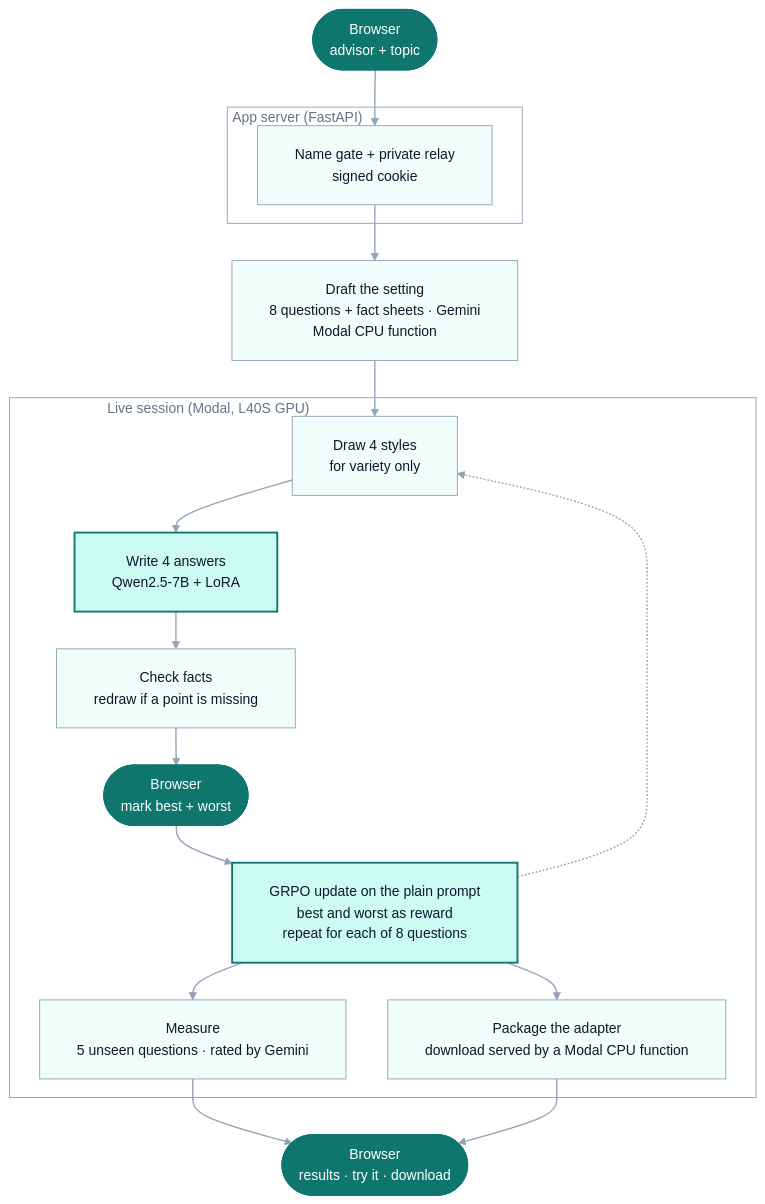
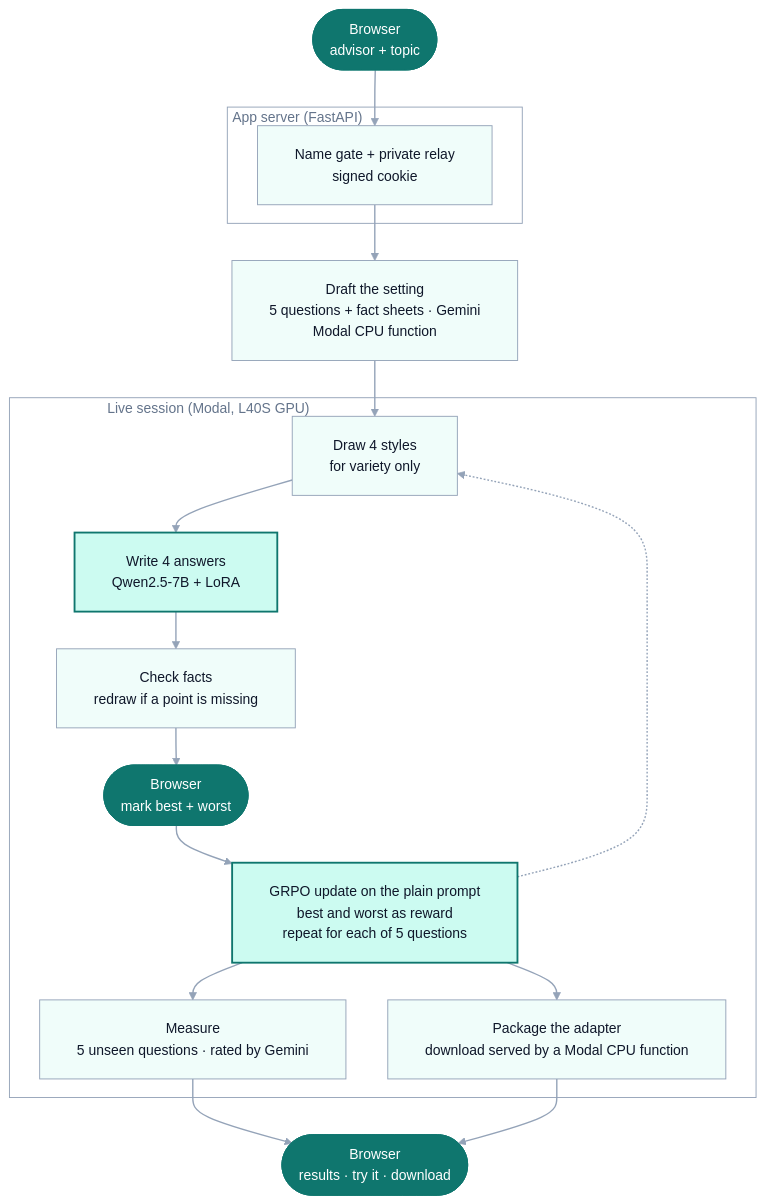
Before and after one commit to jessecui/attune: the diagram in README.md, drawn with Mermaid. The commit also changed other lines of this file and 12 other files, not shown here.

````diff
--- a/README.md
+++ b/README.md
@@ -53,40 +66,40 @@
 ```mermaid
 %%{init: {"theme": "base", "themeVariables": {"fontSize": "15px", "lineColor": "#94a3b8", "textColor": "#64748b", "clusterBkg": "transparent", "clusterBorder": "#94a3b8", "titleColor": "#64748b"}, "flowchart": {"curve": "basis", "nodeSpacing": 45, "rankSpacing": 40, "padding": 20, "wrappingWidth": 400}}}%%
 flowchart TB
     UI(["Browser<br/>advisor + topic"])
 
-    D["Draft the setting<br/>8 questions + fact sheets · Gemini<br/>Modal CPU function"]
+    D["Draft the setting<br/>5 questions + fact sheets · Gemini<br/>Modal CPU function"]
 
     subgraph APP["App server (FastAPI)#nbsp;#nbsp;#nbsp;#nbsp;#nbsp;#nbsp;#nbsp;#nbsp;#nbsp;#nbsp;#nbsp;#nbsp;#nbsp;#nbsp;#nbsp;#nbsp;#nbsp;#nbsp;#nbsp;#nbsp;#nbsp;#nbsp;#nbsp;#nbsp;#nbsp;#nbsp;#nbsp;#nbsp;#nbsp;#nbsp;#nbsp;#nbsp;#nbsp;#nbsp;#nbsp;#nbsp;#nbsp;#nbsp;#nbsp;#nbsp;"]
         A["Name gate + private relay<br/>signed cookie"]
     end
 
     subgraph LIVE["Live session (Modal, L40S GPU)#nbsp;#nbsp;#nbsp;#nbsp;#nbsp;#nbsp;#nbsp;#nbsp;#nbsp;#nbsp;#nbsp;#nbsp;#nbsp;#nbsp;#nbsp;#nbsp;#nbsp;#nbsp;#nbsp;#nbsp;#nbsp;#nbsp;#nbsp;#nbsp;#nbsp;#nbsp;#nbsp;#nbsp;#nbsp;#nbsp;#nbsp;#nbsp;#nbsp;#nbsp;#nbsp;#nbsp;#nbsp;#nbsp;#nbsp;#nbsp;#nbsp;#nbsp;#nbsp;#nbsp;#nbsp;#nbsp;#nbsp;#nbsp;#nbsp;#nbsp;#nbsp;#nbsp;#nbsp;#nbsp;#nbsp;#nbsp;#nbsp;#nbsp;#nbsp;#nbsp;#nbsp;#nbsp;#nbsp;#nbsp;#nbsp;#nbsp;#nbsp;#nbsp;#nbsp;#nbsp;#nbsp;#nbsp;#nbsp;#nbsp;#nbsp;#nbsp;#nbsp;#nbsp;#nbsp;#nbsp;#nbsp;#nbsp;#nbsp;#nbsp;#nbsp;#nbsp;#nbsp;#nbsp;#nbsp;#nbsp;"]
         C["Draw 4 styles<br/>for variety only"]
         W["Write 4 answers<br/>Qwen2.5-7B + LoRA"]
         F["Check facts<br/>redraw if a point is missing"]
         PICK(["Browser<br/>mark best + worst"])
-        U["GRPO update on the plain prompt<br/>best and worst as reward<br/>repeat for each of 8 questions"]
+        U["GRPO update on the plain prompt<br/>best and worst as reward<br/>repeat for each of 5 questions"]
         M["Measure<br/>5 unseen questions · rated by Gemini"]
         PKG["Package the adapter<br/>download served by a Modal CPU function"]
         C --> W --> F --> PICK --> U
         U -.-> C
         U --> M
         U --> PKG
     end
 
     OUT(["Browser<br/>results · try it · download"])
 
     UI --> A --> D --> C
     M --> OUT
     PKG --> OUT
 
     classDef step fill:#f0fdfa,stroke:#94a3b8,stroke-width:1px,color:#0f172a
     classDef model fill:#ccfbf1,stroke:#0f766e,stroke-width:2px,color:#0f172a
     classDef client fill:#0f766e,stroke:#0f766e,color:#ffffff
 
     class A,D,C,F,M,PKG step
     class W,U model
     class UI,PICK,OUT client
     linkStyle default stroke:#94a3b8,stroke-width:1.5px
 ```
````
